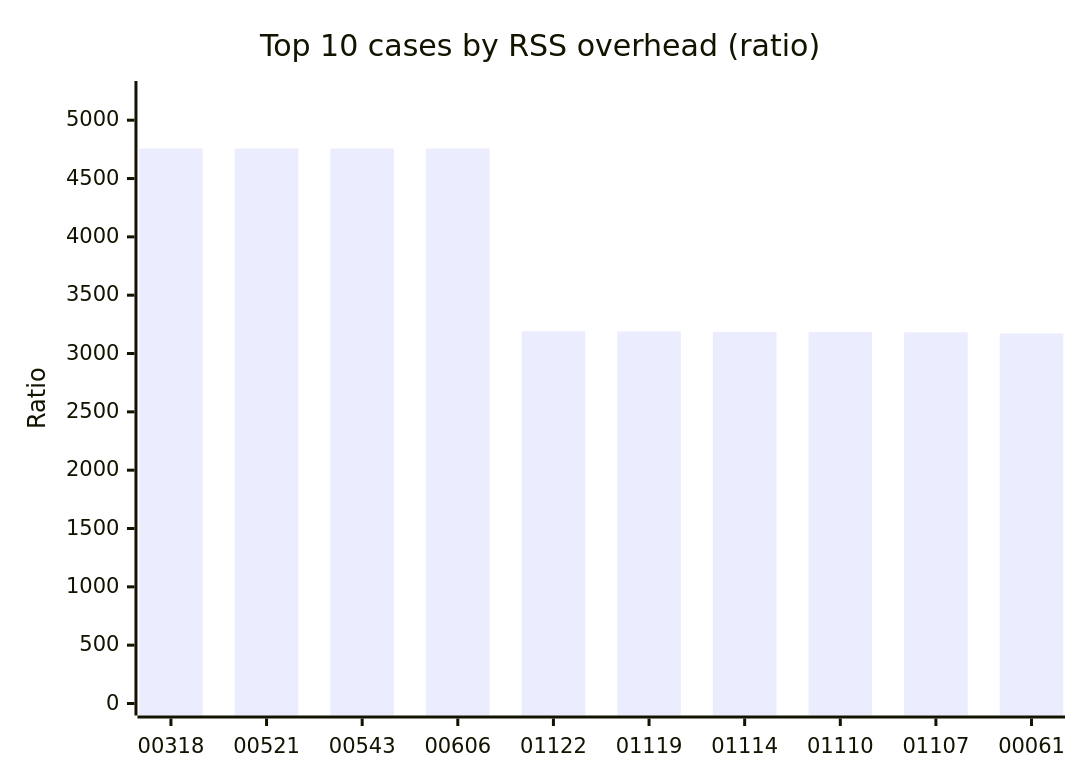
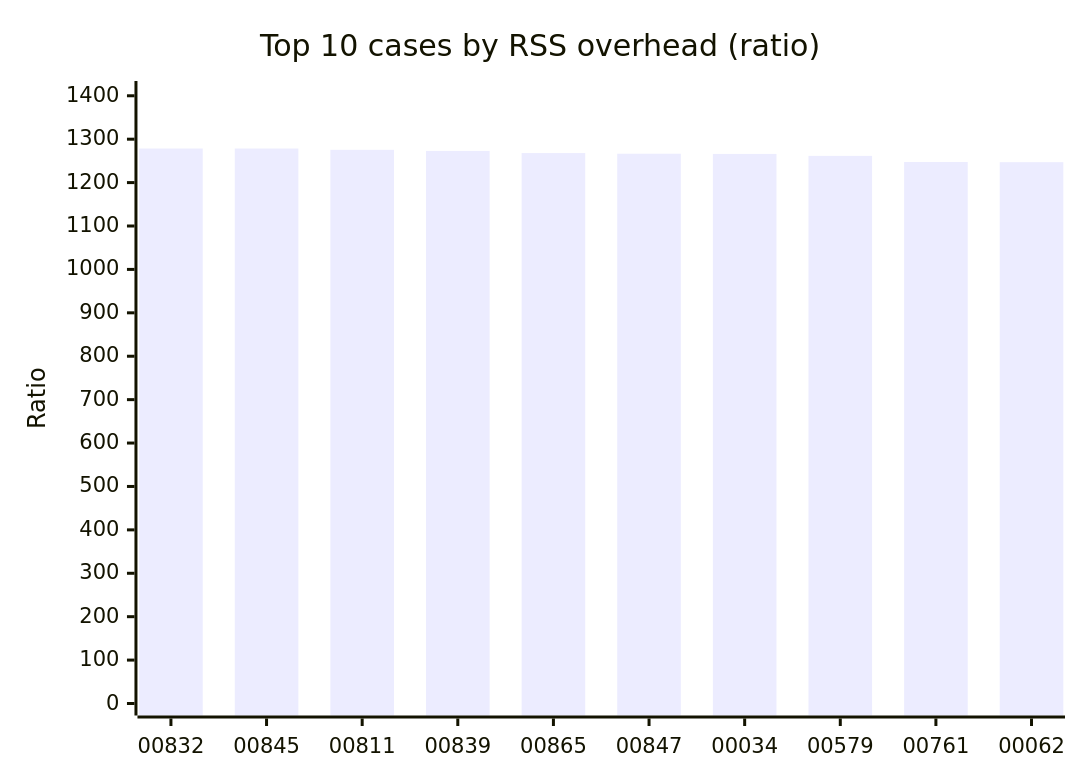
The third of 3 diagrams in README.md (neverhuman/RedlineDB), drawn with Mermaid before and after one commit. The commit also changed other lines of this file and 4 other files, not shown here.

````diff
--- a/README.md
+++ b/README.md
@@ -120,7 +120,7 @@
 ```mermaid
 xychart-beta
     title "Top 10 cases by RSS overhead (ratio)"
-    x-axis ["00318","00521","00543","00606","01122","01119","01114","01110","01107","00061"]
-    y-axis "Ratio" 0 --> 5233.2
-    bar [4757.50,4757.50,4757.50,4757.50,3191.33,3189.33,3185.33,3183.67,3182.33,3171.67]
+    x-axis ["00832","00845","00811","00839","00865","00847","00034","00579","00761","00062"]
+    y-axis "Ratio" 0 --> 1406.4
+    bar [1278.50,1278.50,1275.50,1273.00,1268.00,1266.50,1266.00,1261.50,1247.50,1247.00]
 ```
````
